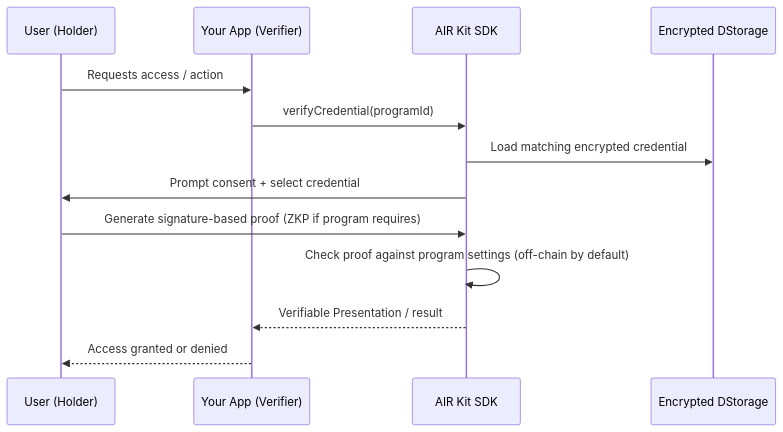
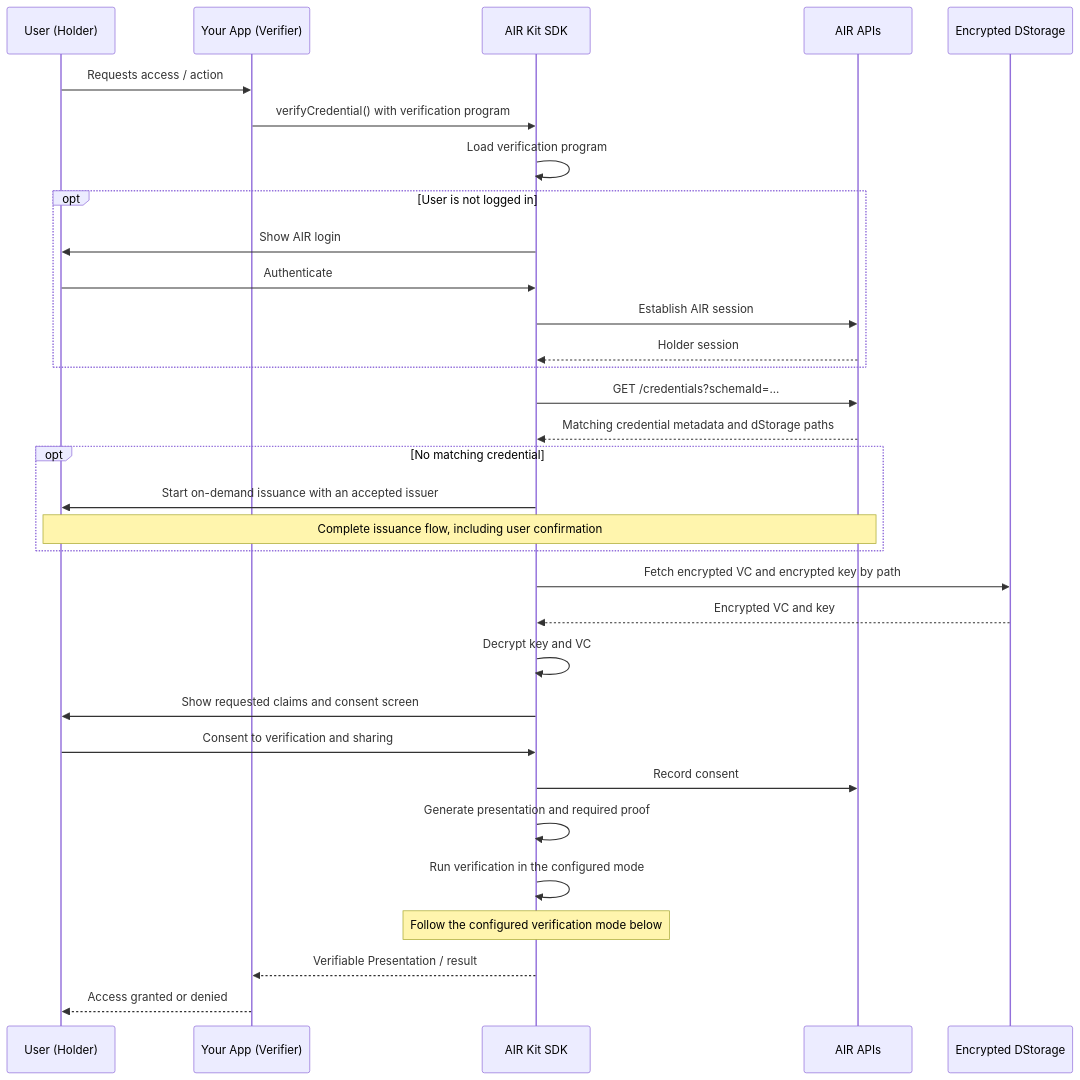
Before and after one commit to MocaNetwork/docs: the fourth of 7 diagrams in airkit/guides/overview.mdx, drawn with Mermaid. The commit also changed other lines of this file, not shown here.

Commit message:
Feat: Upgrade Airkit overview flow to meet latest updates

````diff
--- a/airkit/guides/overview.mdx
+++ b/airkit/guides/overview.mdx
@@ -83,16 +127,35 @@
 ```mermaid
 sequenceDiagram
     participant U as User (Holder)
     participant App as Your App (Verifier)
     participant SDK as AIR Kit SDK
+    participant AIR as AIR APIs
     participant DS as Encrypted DStorage
 
     U->>App: Requests access / action
-    App->>SDK: verifyCredential(programId)
-    SDK->>DS: Load matching encrypted credential
-    SDK->>U: Prompt consent + select credential
-    U->>SDK: Generate signature-based proof (ZKP if program requires)
-    SDK->>SDK: Check proof against program settings (off-chain by default)
+    App->>SDK: verifyCredential() with verification program
+    SDK->>SDK: Load verification program
+    opt User is not logged in
+        SDK->>U: Show AIR login
+        U->>SDK: Authenticate
+        SDK->>AIR: Establish AIR session
+        AIR-->>SDK: Holder session
+    end
+    SDK->>AIR: GET /credentials?schemaId=...
+    AIR-->>SDK: Matching credential metadata and dStorage paths
+    opt No matching credential
+        SDK->>U: Start on-demand issuance with an accepted issuer
+        Note over U,AIR: Complete issuance flow, including user confirmation
+    end
+    SDK->>DS: Fetch encrypted VC and encrypted key by path
+    DS-->>SDK: Encrypted VC and key
+    SDK->>SDK: Decrypt key and VC
+    SDK->>U: Show requested claims and consent screen
+    U->>SDK: Consent to verification and sharing
+    SDK->>AIR: Record consent
+    SDK->>SDK: Generate presentation and required proof
+    SDK->>SDK: Run verification in the configured mode
+    Note over SDK: Follow the configured verification mode below
     SDK-->>App: Verifiable Presentation / result
     App-->>U: Access granted or denied
 ```
````
